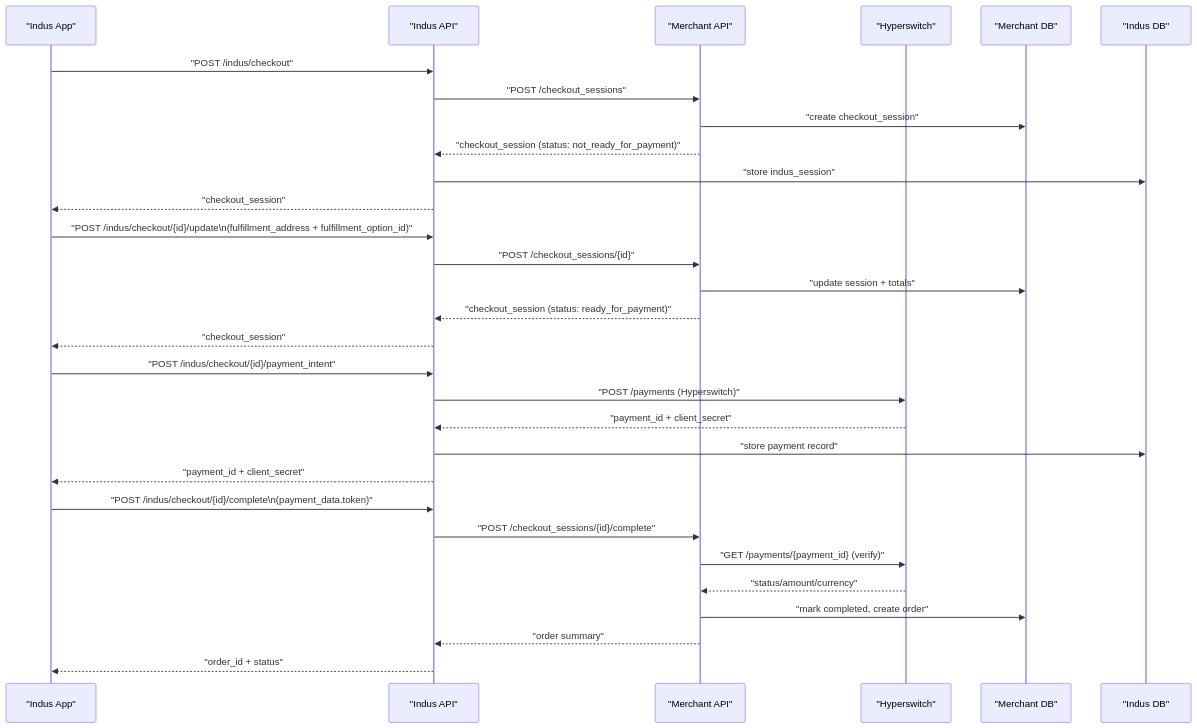
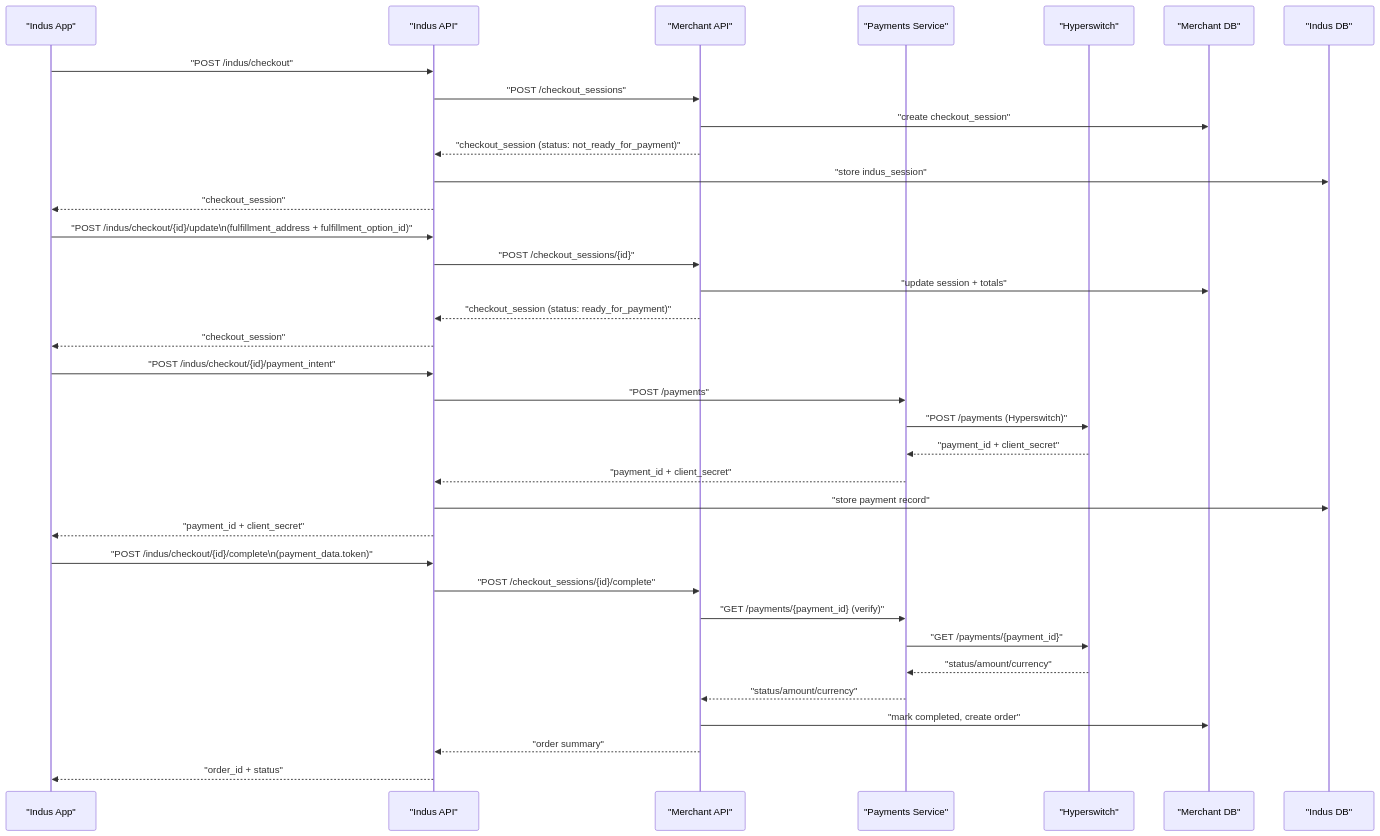
Before and after one commit to mrunalpendem123/Setu: the second of 3 diagrams in README.md, drawn with Mermaid. The commit also changed other lines of this file and 12 other files, not shown here.

Commit message:
Add Rust payments service and wire Indus/Merchant to it

````diff
--- a/README.md
+++ b/README.md
@@ -79,36 +81,41 @@
 ```mermaid
 sequenceDiagram
   participant U as "Indus App"
   participant I as "Indus API"
   participant M as "Merchant API"
+  participant P as "Payments Service"
   participant H as "Hyperswitch"
   participant MDB as "Merchant DB"
   participant IDB as "Indus DB"
 
   U->>I: "POST /indus/checkout"
   I->>M: "POST /checkout_sessions"
   M->>MDB: "create checkout_session"
   M-->>I: "checkout_session (status: not_ready_for_payment)"
   I->>IDB: "store indus_session"
   I-->>U: "checkout_session"
 
   U->>I: "POST /indus/checkout/{id}/update\n(fulfillment_address + fulfillment_option_id)"
   I->>M: "POST /checkout_sessions/{id}"
   M->>MDB: "update session + totals"
   M-->>I: "checkout_session (status: ready_for_payment)"
   I-->>U: "checkout_session"
 
   U->>I: "POST /indus/checkout/{id}/payment_intent"
-  I->>H: "POST /payments (Hyperswitch)"
-  H-->>I: "payment_id + client_secret"
+  I->>P: "POST /payments"
+  P->>H: "POST /payments (Hyperswitch)"
+  H-->>P: "payment_id + client_secret"
+  P-->>I: "payment_id + client_secret"
   I->>IDB: "store payment record"
   I-->>U: "payment_id + client_secret"
 
   U->>I: "POST /indus/checkout/{id}/complete\n(payment_data.token)"
   I->>M: "POST /checkout_sessions/{id}/complete"
-  M->>H: "GET /payments/{payment_id} (verify)"
-  H-->>M: "status/amount/currency"
+  M->>P: "GET /payments/{payment_id} (verify)"
+  P->>H: "GET /payments/{payment_id}"
+  H-->>P: "status/amount/currency"
+  P-->>M: "status/amount/currency"
   M->>MDB: "mark completed, create order"
   M-->>I: "order summary"
   I-->>U: "order_id + status"
 ```
````
